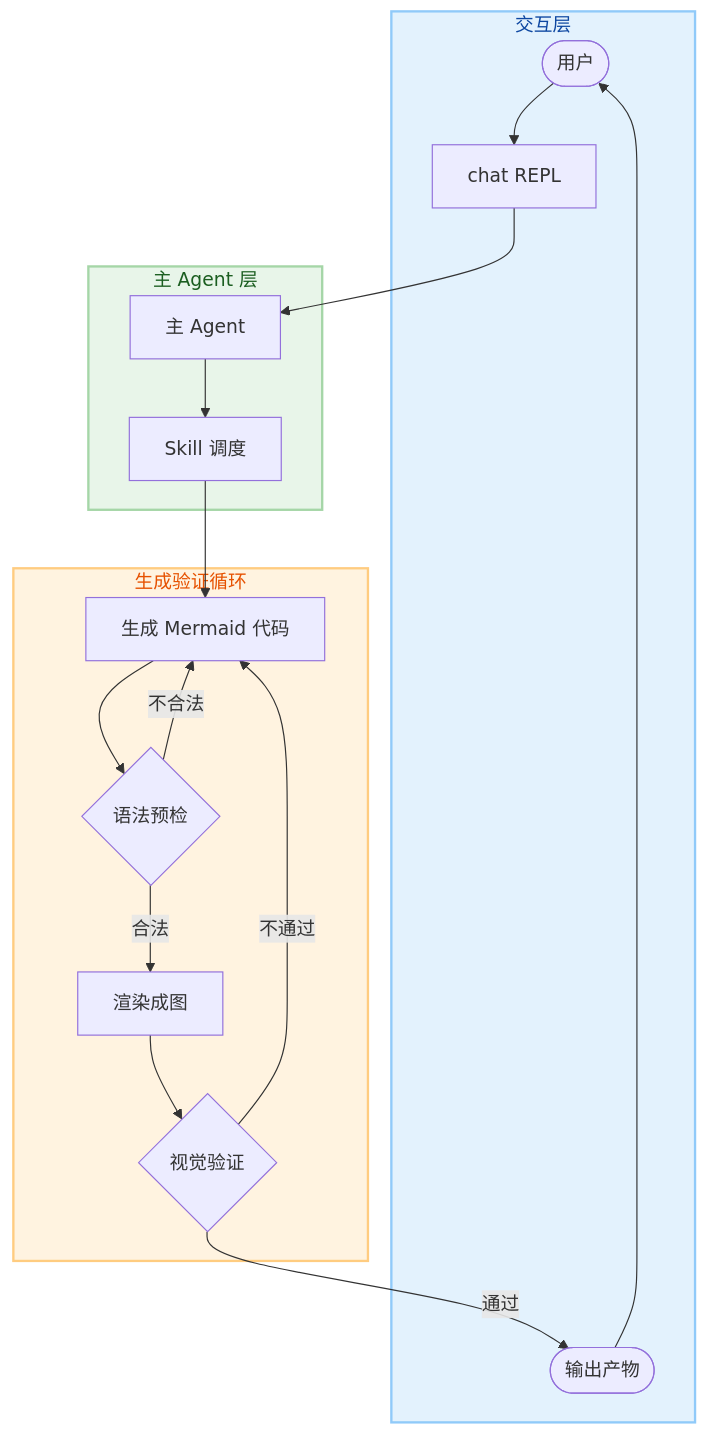
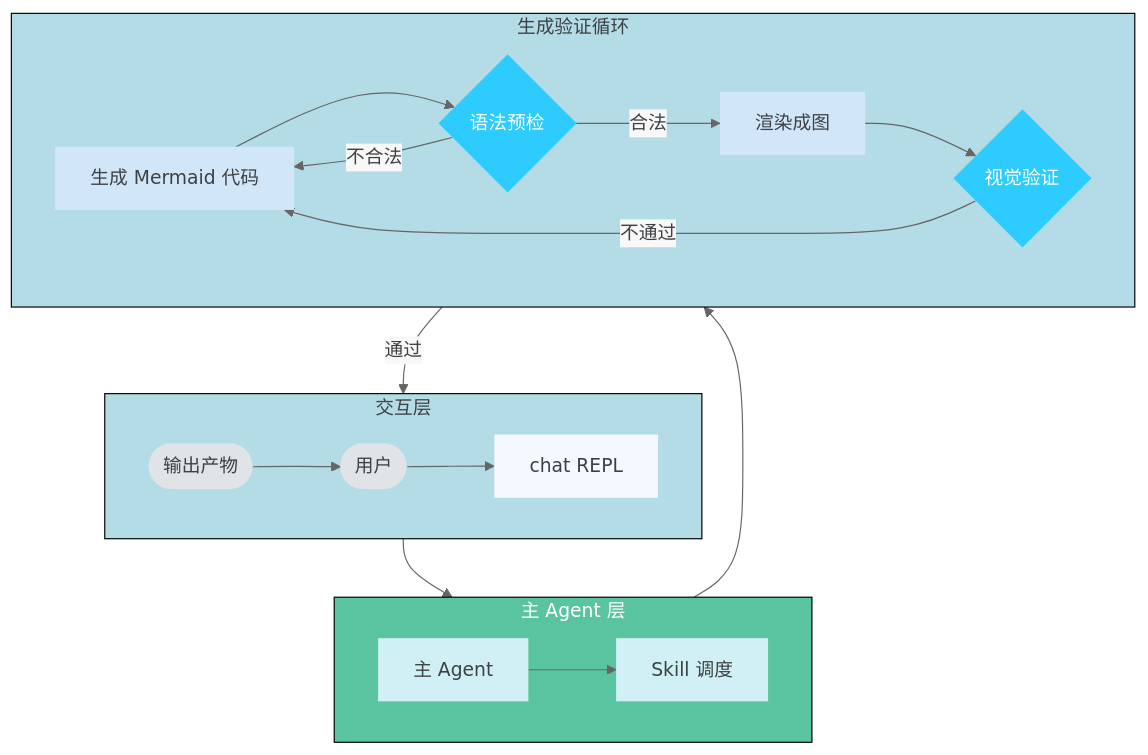
The diagram in docs/images/architecture_loop.mmd (umeiko/Flowchart-cli), drawn with Mermaid before and after one commit. The commit also changed 37 other files, not shown here.

First line of the commit message:
feat(engine): drawio 出图引擎与双管线布局，发布 v1.2.0

```diff
--- a/docs/images/architecture_loop.mmd
+++ b/docs/images/architecture_loop.mmd
@@ -1,27 +1,34 @@
+%%{init: {'theme': 'base', 'themeVariables': {'primaryColor': '#F5F8FF', 'primaryTextColor': '#3E4144', 'primaryBorderColor': 'transparent', 'lineColor': '#666666', 'secondaryColor': '#D2E6FA', 'tertiaryColor': '#F5F8FF', 'clusterBkg': '#D2E6FA', 'clusterBorder': '#666666', 'edgeLabelBackground': '#F8F8F8'}}}%%
 flowchart TD
-    subgraph sub_interaction ["交互层"]
-        n1(["用户"]) --> n2["chat REPL"]
-        n9(["输出产物"]) --> n1
+    classDef arc1 fill:#F5F8FF,color:#3E4144,stroke-width:0
+    classDef arc2 fill:#D0F0F5,color:#3E4144,stroke-width:0
+    classDef arc3 fill:#D2E6FA,color:#3E4144,stroke-width:0
+    classDef arc4 fill:#E1E4E6,color:#3E4144,stroke-width:0
+    classDef arcCore fill:#2ECBFF,color:#FFFFFF,stroke-width:0
+
+    subgraph sub_interaction["交互层"]
+        direction LR
+        n1(["用户"]):::arc4 --> n2["chat REPL"]:::arc1
+        n9(["输出产物"]):::arc4 --> n1
     end
+    style sub_interaction fill:#B4DCE6,color:#3E4144,stroke:#000000
 
-    subgraph sub_agent ["主 Agent 层"]
-        n2 --> n3["主 Agent"]
-        n3 --> n4["Skill 调度"]
+    subgraph sub_agent["主 Agent 层"]
+        direction LR
+        n3["主 Agent"]:::arc2 --> n4["Skill 调度"]:::arc2
     end
+    style sub_agent fill:#5AC3A0,color:#FFFFFF,stroke:#000000
 
-    subgraph sub_loop ["生成验证循环"]
-        n4 --> n5["生成 Mermaid 代码"]
-        n5 --> n6{"语法预检"}
+    subgraph sub_loop["生成验证循环"]
+        direction LR
+        n5["生成 Mermaid 代码"]:::arc3 --> n6{"语法预检"}:::arcCore
         n6 -->|"不合法"| n5
-        n6 -->|"合法"| n7["渲染成图"]
-        n7 --> n8{"视觉验证"}
+        n6 -->|"合法"| n7["渲染成图"]:::arc3
+        n7 --> n8{"视觉验证"}:::arcCore
         n8 -->|"不通过"| n5
         n8 -->|"通过"| n9
     end
+    style sub_loop fill:#B4DCE6,color:#3E4144,stroke:#000000
 
-    classDef interaction fill:#e3f2fd,stroke:#90caf9,stroke-width:2px,color:#0d47a1
-    classDef agent fill:#e8f5e9,stroke:#a5d6a7,stroke-width:2px,color:#1b5e20
-    classDef loop fill:#fff3e0,stroke:#ffcc80,stroke-width:2px,color:#e65100
-    class sub_interaction interaction
-    class sub_agent agent
-    class sub_loop loop
+    n2 --> n3
+    n4 --> n5
```
